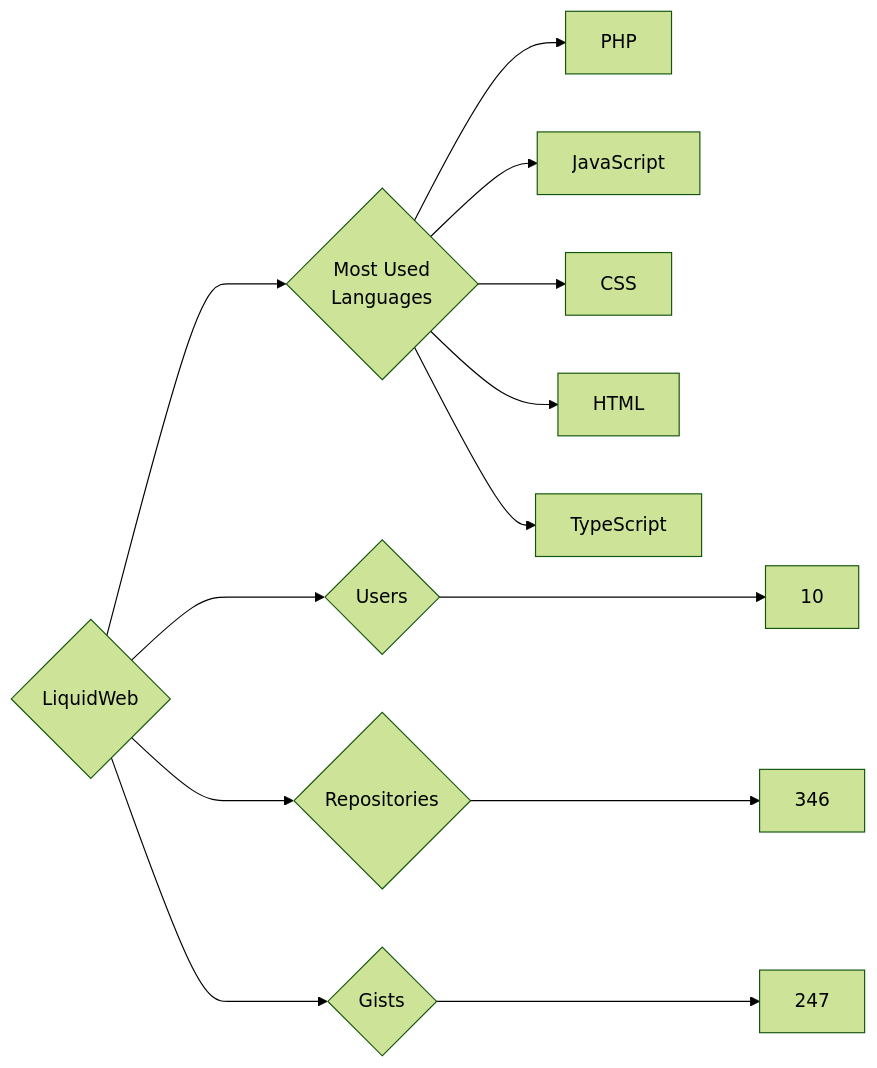
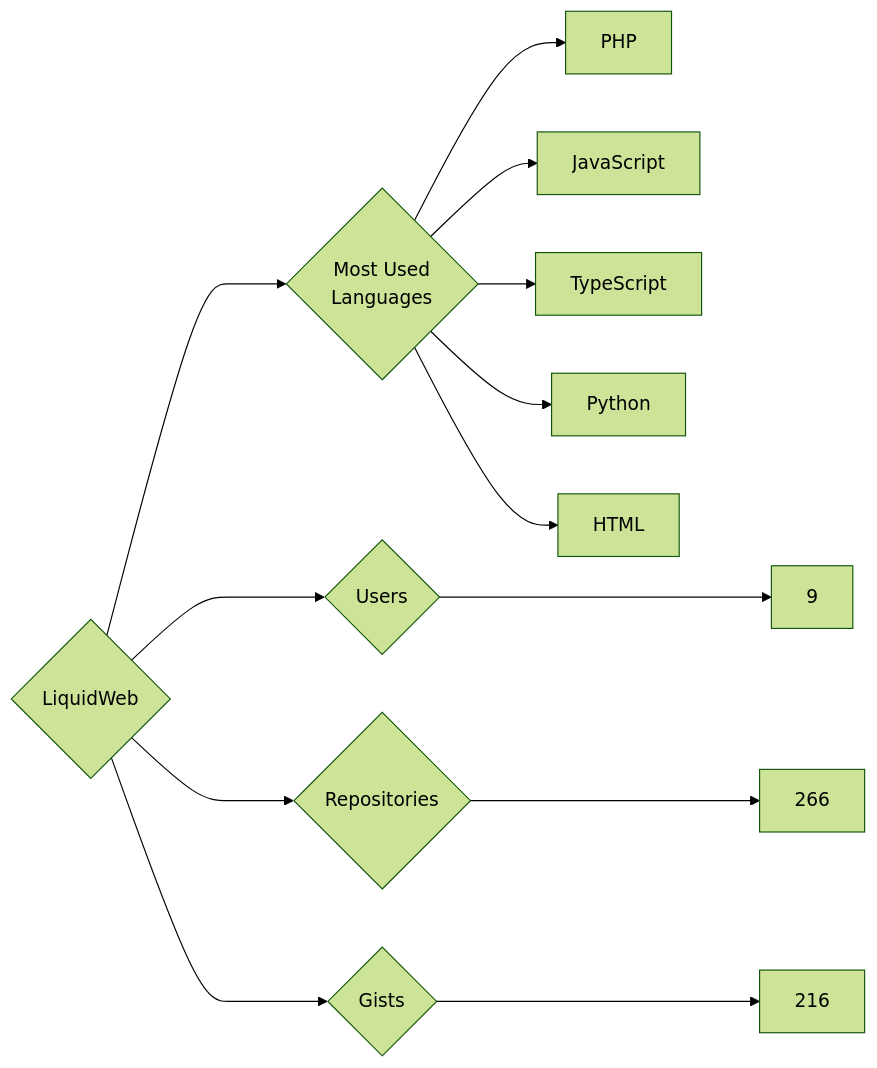
The diagram in targets/LiquidWeb/README.md (trickest/insiders), drawn with Mermaid (forest theme) before and after one commit. The commit also changed 823 other files, not shown here.

````diff
--- a/targets/LiquidWeb/README.md
+++ b/targets/LiquidWeb/README.md
@@ -3,13 +3,13 @@
 ```mermaid
 graph LR
 COMPANY_NAME{LiquidWeb}
-COMPANY_NAME ---> U{Users} ---> UN[10]
-COMPANY_NAME ---> R{Repositories} ---> RN[346]
-COMPANY_NAME ---> G{Gists} ---> GN[247]
+COMPANY_NAME ---> U{Users} ---> UN[9]
+COMPANY_NAME ---> R{Repositories} ---> RN[266]
+COMPANY_NAME ---> G{Gists} ---> GN[216]
 COMPANY_NAME ---> ML{Most Used<br>Languages}
 ML --> PHP[PHP]
 ML --> JavaScript[JavaScript]
-ML --> CSS[CSS]
+ML --> TypeScript[TypeScript]
+ML --> Python[Python]
 ML --> HTML[HTML]
-ML --> TypeScript[TypeScript]
 ```
````
